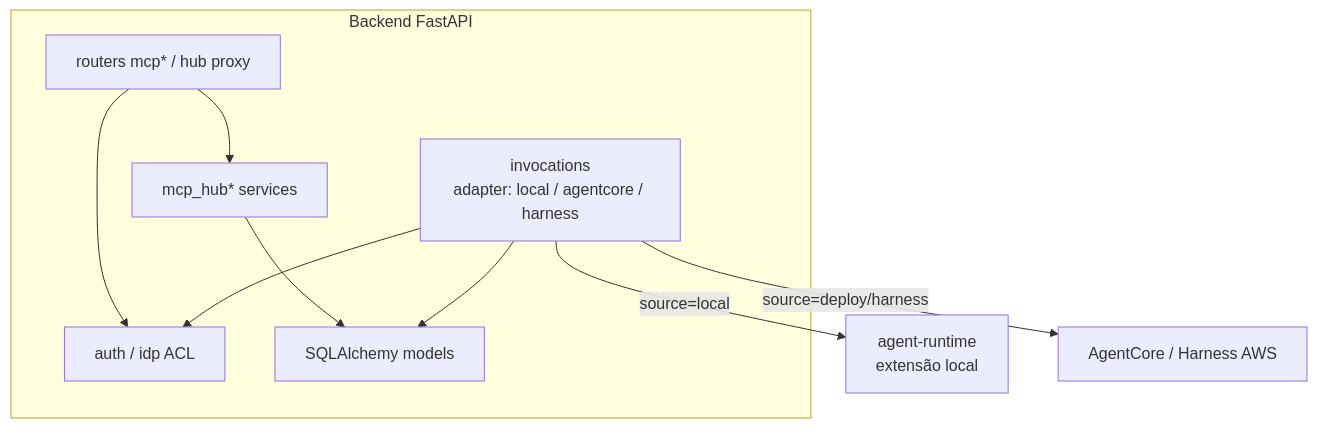
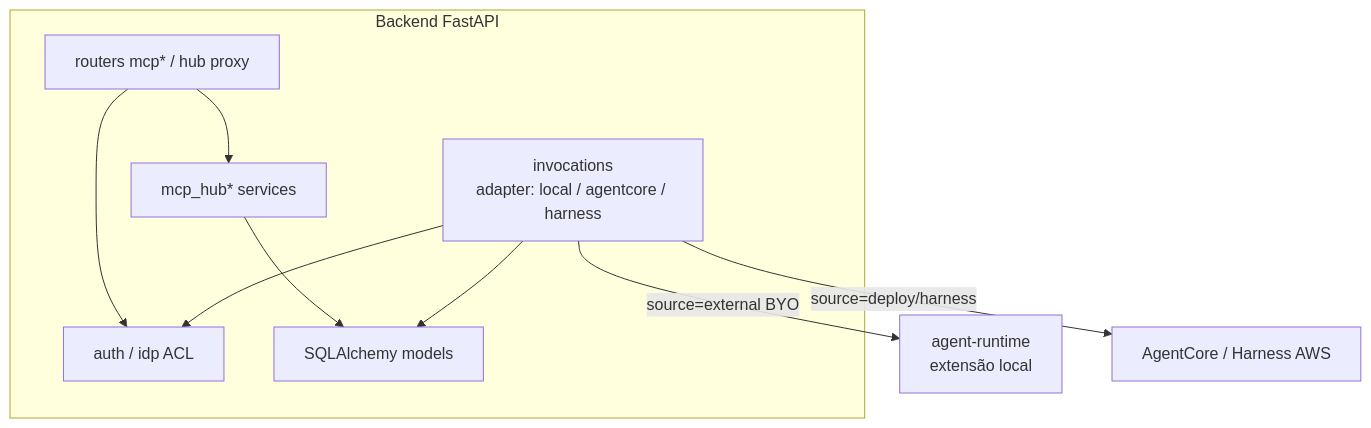
Before and after one commit to jsmesquita/loom-ext: the fourth of 8 diagrams in local-runtime/docs/guide/architecture.md, drawn with Mermaid. The commit also changed other lines of this file and 26 other files, not shown here.

First line of the commit message:
Rename source=local to external (BYO) and wire HITL on agent-runtime.

````diff
--- a/local-runtime/docs/guide/architecture.md
+++ b/local-runtime/docs/guide/architecture.md
@@ -178,19 +178,19 @@
 ```mermaid
 flowchart TB
   subgraph be[Backend FastAPI]
     AUTH[auth / idp ACL]
     MCPR[routers mcp* / hub proxy]
     INV[invocations<br/>adapter: local / agentcore / harness]
     HSVC[mcp_hub* services]
     ORM[SQLAlchemy models]
   end
   AR[agent-runtime<br/>extensão local]
   AC[AgentCore / Harness AWS]
   MCPR --> AUTH
   MCPR --> HSVC
   HSVC --> ORM
   INV --> ORM
   INV --> AUTH
-  INV -->|source=local| AR
+  INV -->|source=external BYO| AR
   INV -->|source=deploy/harness| AC
 ```
````
